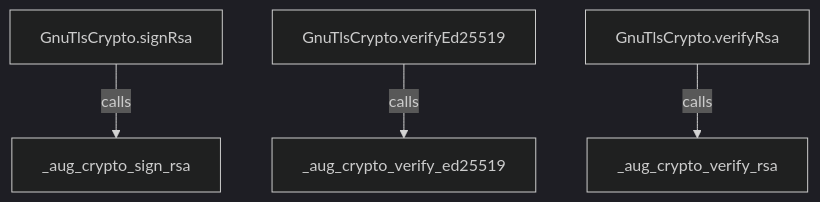
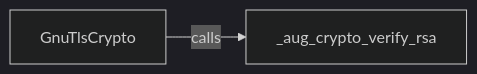
The third of 15 diagrams in src/stdlib/crypto/contracts.aug.diagrams.md (GreenPandaStudios/augscript), drawn with Mermaid (dark theme) before and after one commit. The commit also changed other lines of this file and 304 other files, not shown here.

Commit message:
Make generated data-flow sequences concise and review every diagram

````diff
--- a/src/stdlib/crypto/contracts.aug.diagrams.md
+++ b/src/stdlib/crypto/contracts.aug.diagrams.md
@@ -78,12 +51,6 @@
 ```mermaid
-flowchart TD
-    n0["GnuTlsCrypto.signRsa"]
-    n1["GnuTlsCrypto.verifyEd25519"]
-    n2["GnuTlsCrypto.verifyRsa"]
-    n3["_aug_crypto_sign_rsa"]
-    n4["_aug_crypto_verify_ed25519"]
-    n5["_aug_crypto_verify_rsa"]
-    n0 -->|"calls"| n3
-    n1 -->|"calls"| n4
-    n2 -->|"calls"| n5
+flowchart LR
+    n0["GnuTlsCrypto"]
+    n1["_aug_crypto_verify_rsa"]
+    n0 -->|"calls"| n1
 ```
````
